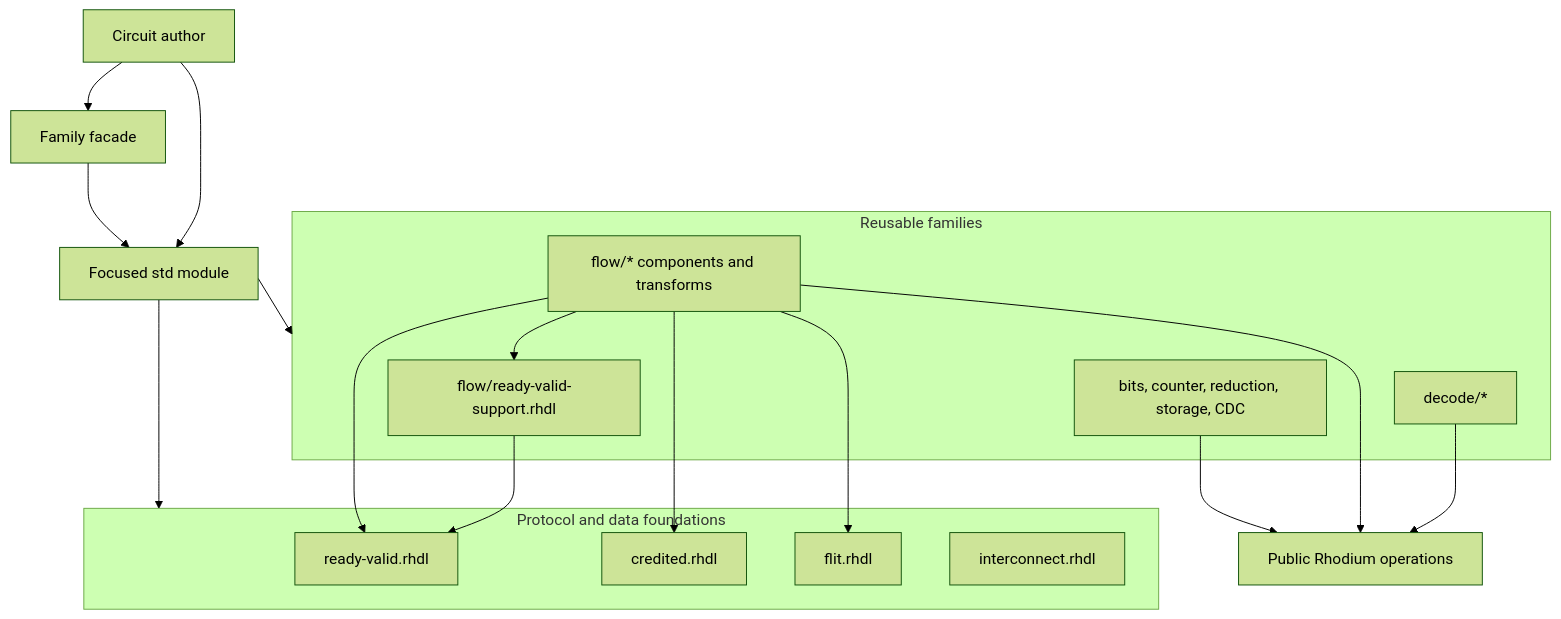
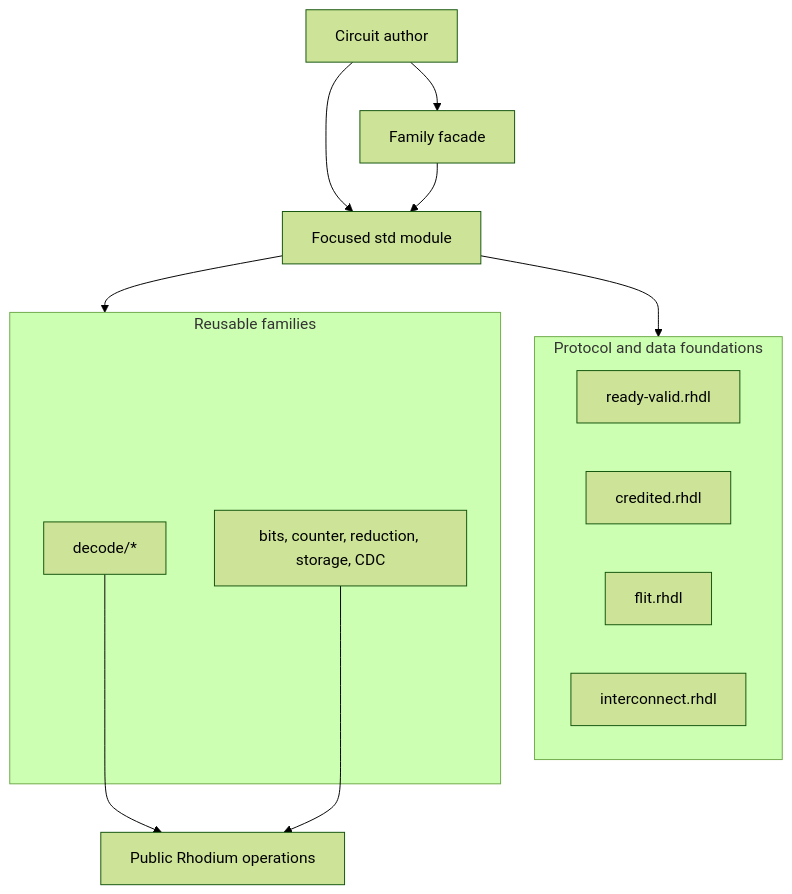
Before and after one commit to jerryz123/rhodium: the diagram in rhodium/std/DEVELOPING.md, drawn with Mermaid (forest theme). The commit also changed other lines of this file and 147 other files, not shown here.

Commit message:
refactor flow

````diff
--- a/rhodium/std/DEVELOPING.md
+++ b/rhodium/std/DEVELOPING.md
@@ -45,31 +45,23 @@
 ```mermaid
 flowchart TD
   Author["Circuit author"] --> Focused["Focused std module"]
   Author --> Facade["Family facade"]
   Facade --> Focused
 
   subgraph Foundations["Protocol and data foundations"]
     RV["ready-valid.rhdl"]
     Credited["credited.rhdl"]
     Flit["flit.rhdl"]
     Interconnect["interconnect.rhdl"]
   end
 
   subgraph Families["Reusable families"]
     Decode["decode/*"]
-    FlowSupport["flow/ready-valid-support.rhdl"]
-    Flow["flow/* components and transforms"]
     Utilities["bits, counter, reduction, storage, CDC"]
   end
 
   Focused --> Foundations
   Focused --> Families
-  Flow --> FlowSupport
-  FlowSupport --> RV
-  Flow --> RV
-  Flow --> Credited
-  Flow --> Flit
   Decode --> IR["Public Rhodium operations"]
-  Flow --> IR
   Utilities --> IR
 ```
````
